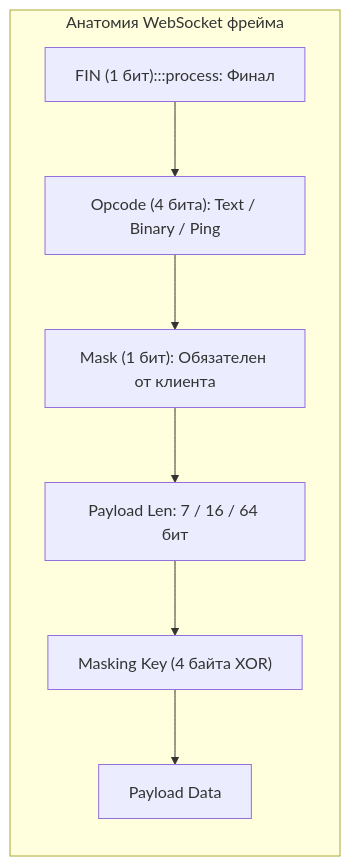
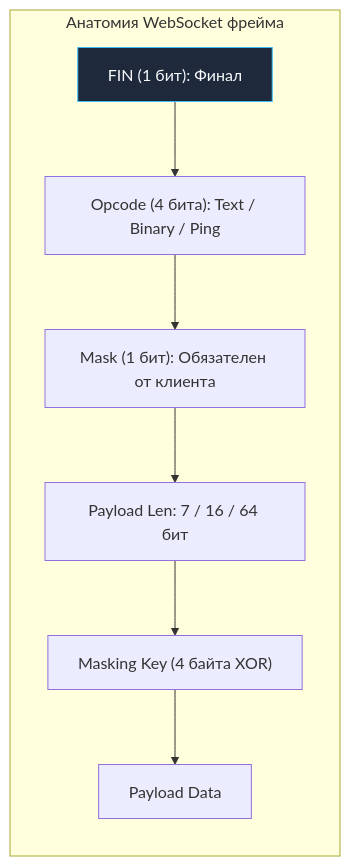
Before and after one commit to UnrealTemplier/go-textbook-ru: the third of 4 diagrams in sources/3. Компьютерные сети и сетевой стек/25. WebSocket, SSE и долгоживущие соединения.md, drawn with Mermaid. The commit also changed 40 other files, not shown here.

First line of the commit message:
fix(mermaid): move :::class out of 48 quoted node labels

````diff
--- a/sources/3. Компьютерные сети и сетевой стек/25. WebSocket, SSE и долгоживущие соединения.md
+++ b/sources/3. Компьютерные сети и сетевой стек/25. WebSocket, SSE и долгоживущие соединения.md
@@ -196,20 +196,20 @@
 ```mermaid
 flowchart LR
     classDef process  fill:#1e293b,stroke:#38bdf8,stroke-width:1px,color:#f8fafc
     classDef success  fill:#064e3b,stroke:#34d399,stroke-width:1px,color:#f8fafc
     classDef error    fill:#7f1d1d,stroke:#f87171,stroke-width:1px,color:#f8fafc
     classDef warning  fill:#78350f,stroke:#fbbf24,stroke-width:1px,color:#f8fafc
     classDef entry    fill:#1e3a5f,stroke:#38bdf8,stroke-width:2px,color:#f8fafc
     classDef aux      fill:#334155,stroke:#64748b,stroke-width:1px,color:#f8fafc
     classDef system   fill:#312e81,stroke:#a78bfa,stroke-width:1px,color:#f8fafc
     classDef data     fill:#132d29,stroke:#2dd4bf,stroke-width:1px,color:#f8fafc
     classDef network  fill:#881337,stroke:#fb7185,stroke-width:1px,color:#f8fafc
     classDef accent   fill:#1e1b4b,stroke:#818cf8,stroke-width:1px,color:#f8fafc
     subgraph WSFrame ["Анатомия WebSocket фрейма"]
-        FIN["FIN (1 бит):::process: Финал"] --> Opcode["Opcode (4 бита): Text / Binary / Ping"]
+        FIN["FIN (1 бит): Финал"]:::process --> Opcode["Opcode (4 бита): Text / Binary / Ping"]
         Opcode --> MaskBit["Mask (1 бит): Обязателен от клиента"]
         MaskBit --> Len["Payload Len: 7 / 16 / 64 бит"]
         Len --> MaskKey["Masking Key (4 байта XOR)"]
         MaskKey --> PayloadData["Payload Data"]
     end
 ```
````
